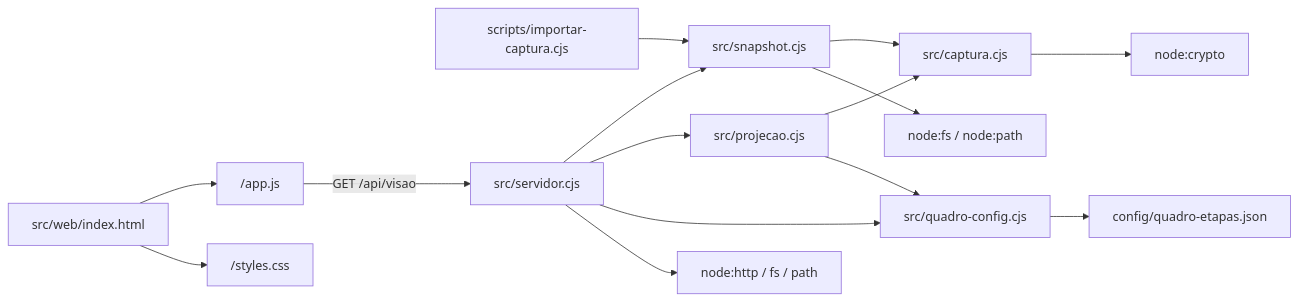
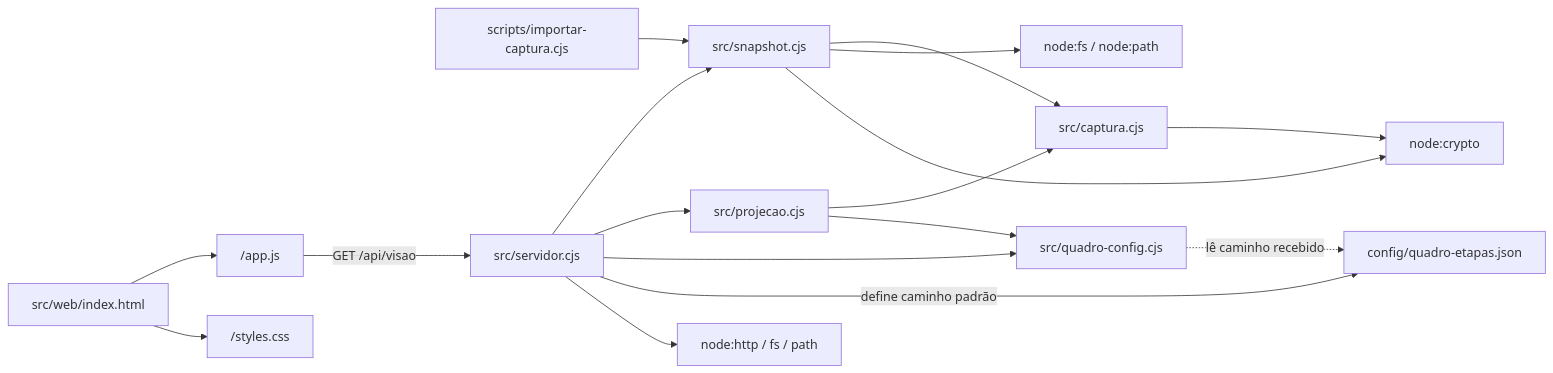
The first of 3 diagrams in docs/architecture.md (Browsher/crm-social), drawn with Mermaid before and after one commit. The commit also changed other lines of this file and 22 other files, not shown here.

````diff
--- a/docs/architecture.md
+++ b/docs/architecture.md
@@ -9,17 +9,19 @@
 ```mermaid
 flowchart LR
   CLI["scripts/importar-captura.cjs"] --> Snapshot["src/snapshot.cjs"]
   Snapshot --> Captura["src/captura.cjs"]
   Server["src/servidor.cjs"] --> Snapshot
   Server --> Projecao["src/projecao.cjs"]
   Server --> Quadro["src/quadro-config.cjs"]
   Projecao --> Captura
   Projecao --> Quadro
-  Quadro --> Config["config/quadro-etapas.json"]
+  Server -->|define caminho padrão| Config["config/quadro-etapas.json"]
+  Quadro -.->|lê caminho recebido| Config
   HTML["src/web/index.html"] --> JS["/app.js"]
   HTML --> CSS["/styles.css"]
   JS -->|GET /api/visao| Server
   Snapshot --> FS["node:fs / node:path"]
   Captura --> Crypto["node:crypto"]
+  Snapshot --> Crypto
   Server --> HTTP["node:http / fs / path"]
 ```
````
